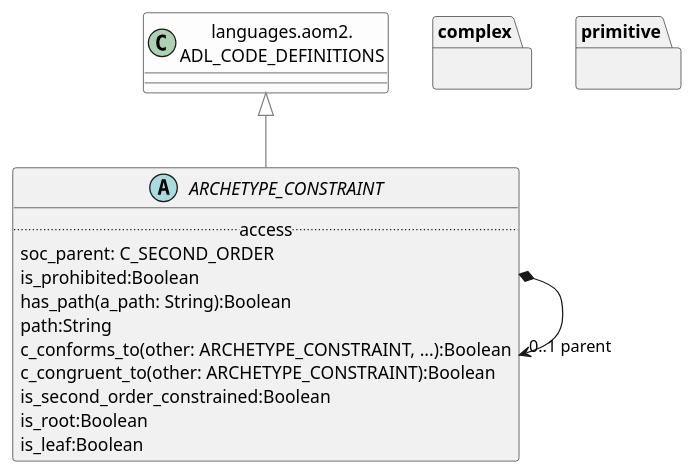
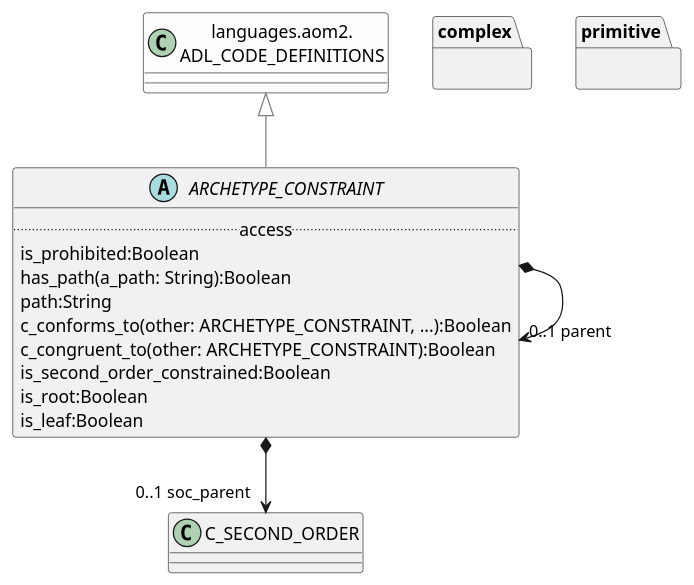
Before and after one commit to wolandscat/openehr-doc: the diagram in modules/ROOT/examples/bmm/languages/aom2/constraint_model/constraint_model-package-uml.adoc, drawn with PlantUML. The commit also changed 30 other files, not shown here.

```diff
--- a/modules/ROOT/examples/bmm/languages/aom2/constraint_model/constraint_model-package-uml.adoc
+++ b/modules/ROOT/examples/bmm/languages/aom2/constraint_model/constraint_model-package-uml.adoc
@@ -3,33 +3,34 @@
 [plantuml,opts=interactive,link=self]
 ....
 skinparam groupInheritance 2
 skinparam citedClassColor #FDFDFD
 
 
 abstract class ARCHETYPE_CONSTRAINT [[/openehr-doc/latest/languages/aom2-gen.html#_class_archetype_constraint]] {
         .. access ..
-        soc_parent: C_SECOND_ORDER
         is_prohibited:Boolean
         has_path(a_path: String):Boolean
         path:String
         c_conforms_to(other: ARCHETYPE_CONSTRAINT, ...):Boolean
         c_congruent_to(other: ARCHETYPE_CONSTRAINT):Boolean
         is_second_order_constrained:Boolean
         is_root:Boolean
         is_leaf:Boolean
 }
 
 ARCHETYPE_CONSTRAINT -[#gray]up-|> ADL_CODE_DEFINITIONS  
 
 
 ARCHETYPE_CONSTRAINT *--> "0..1 parent" ARCHETYPE_CONSTRAINT
+
+ARCHETYPE_CONSTRAINT *--> "0..1 soc_parent" C_SECOND_ORDER
 class "languages.aom2.\nADL_CODE_DEFINITIONS" as ADL_CODE_DEFINITIONS  [[/openehr-doc/latest/languages/aom2-gen.html#_class_adl_code_definitions]] #FDFDFD {
 }
 
 package complex {
 }
 
 package primitive {
 }
 
 ....
```
